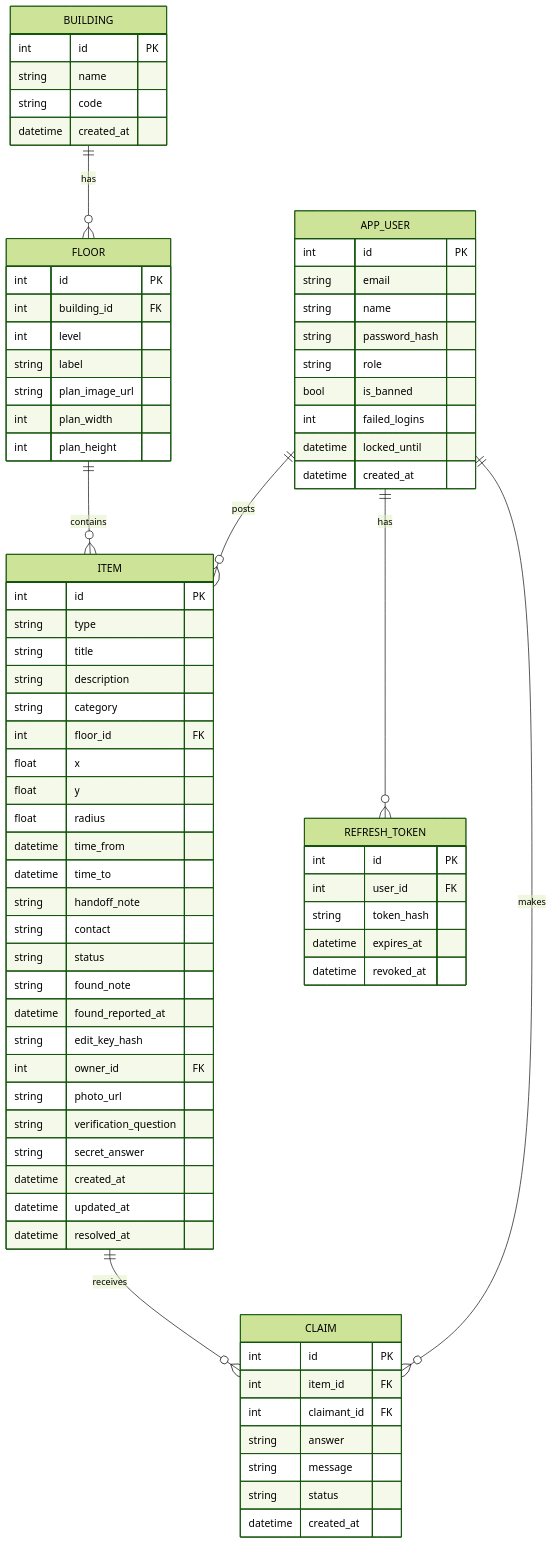
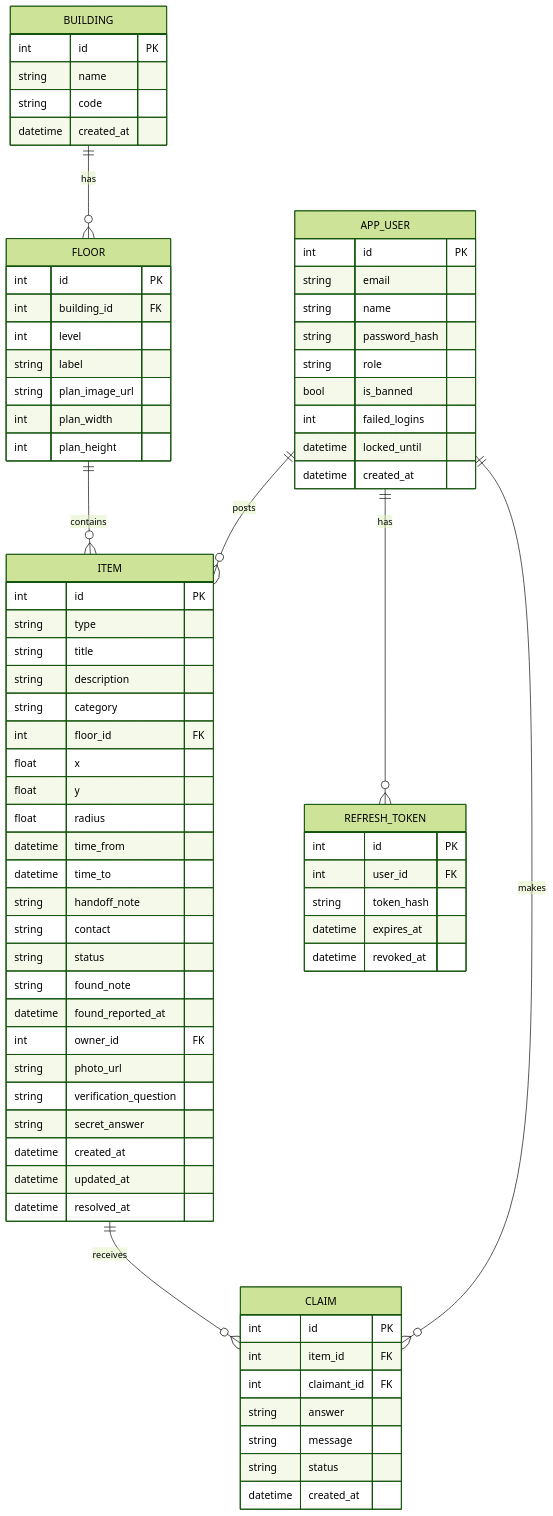
Before and after one commit to Rifat-stack/2311188_LostSpot: the sixth of 6 diagrams in docs/03-tdd.md, drawn with Mermaid (forest theme). The commit also changed other lines of this file and 4 other files, not shown here.

````diff
--- a/docs/03-tdd.md
+++ b/docs/03-tdd.md
@@ -151,78 +204,77 @@
 ```mermaid
 erDiagram
     BUILDING ||--o{ FLOOR : has
     FLOOR ||--o{ ITEM : contains
     APP_USER ||--o{ ITEM : posts
     APP_USER ||--o{ REFRESH_TOKEN : has
     APP_USER ||--o{ CLAIM : makes
     ITEM ||--o{ CLAIM : receives
 
     BUILDING {
         int id PK
         string name
         string code
         datetime created_at
     }
     FLOOR {
         int id PK
         int building_id FK
         int level
         string label
         string plan_image_url
         int plan_width
         int plan_height
     }
     ITEM {
         int id PK
         string type
         string title
         string description
         string category
         int floor_id FK
         float x
         float y
         float radius
         datetime time_from
         datetime time_to
         string handoff_note
         string contact
         string status
         string found_note
         datetime found_reported_at
-        string edit_key_hash
         int owner_id FK
         string photo_url
         string verification_question
         string secret_answer
         datetime created_at
         datetime updated_at
         datetime resolved_at
     }
     APP_USER {
         int id PK
         string email
         string name
         string password_hash
         string role
         bool is_banned
         int failed_logins
         datetime locked_until
         datetime created_at
     }
     REFRESH_TOKEN {
         int id PK
         int user_id FK
         string token_hash
         datetime expires_at
         datetime revoked_at
     }
     CLAIM {
         int id PK
         int item_id FK
         int claimant_id FK
         string answer
         string message
         string status
         datetime created_at
     }
 ```
````
